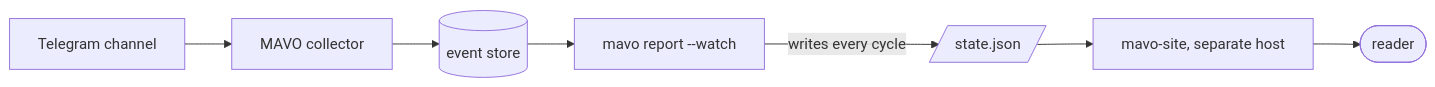
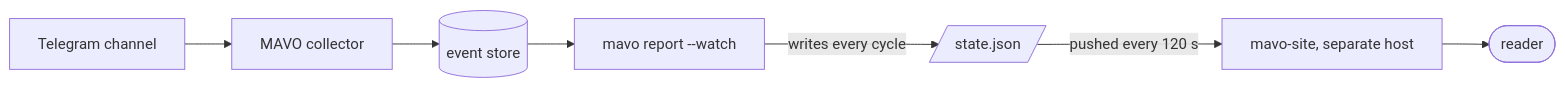
Before and after one commit to jerzy99jerzy/air-alert-early-warning: the diagram in docs/WEBAPP.md, drawn with Mermaid. The commit also changed other lines of this file and 9 other files, not shown here.

````diff
--- a/docs/WEBAPP.md
+++ b/docs/WEBAPP.md
@@ -397,9 +397,9 @@
 ```mermaid
 flowchart LR
   channel[Telegram channel] --> collector[MAVO collector]
   collector --> store[(event store)]
   store --> report[mavo report --watch]
   report -->|writes every cycle| state[/state.json/]
-  state --> site[mavo-site, separate host]
+  state -->|pushed every 120 s| site[mavo-site, separate host]
   site --> reader([reader])
 ```
````
